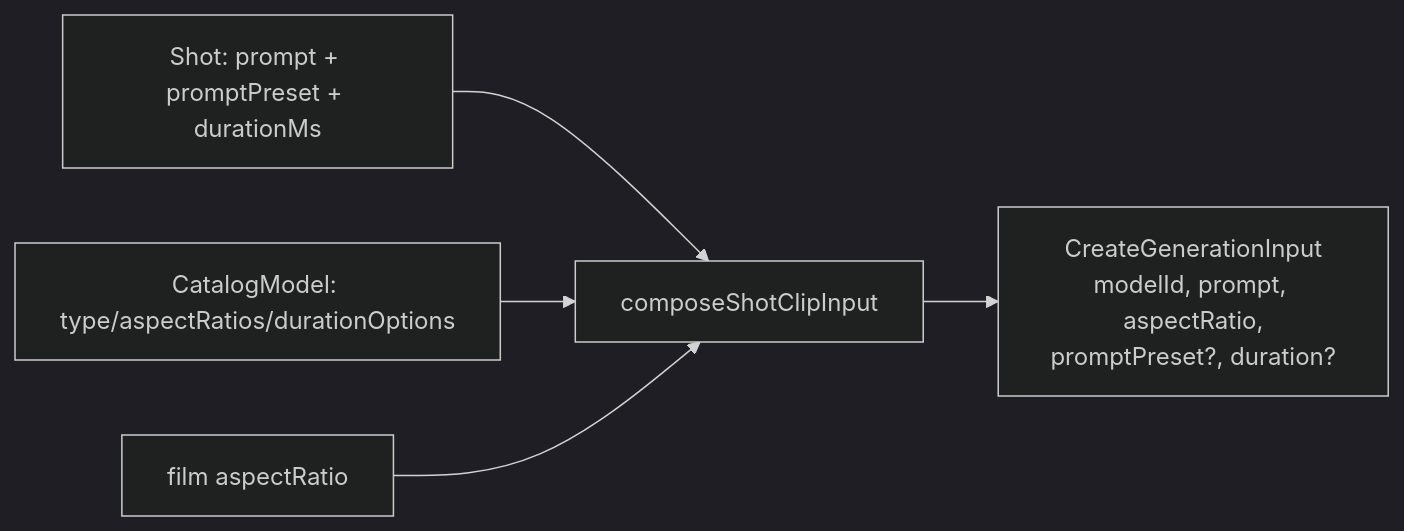
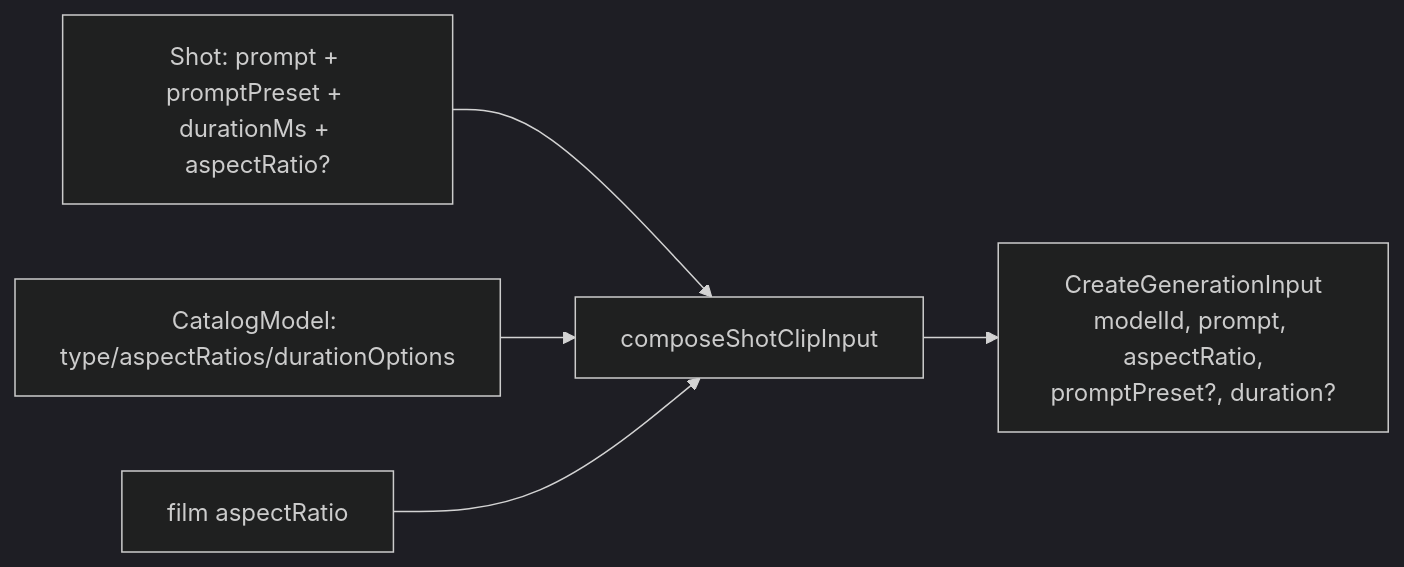
Before and after one commit to AzamatRaimbekov2/openCreate: the diagram in apps/web/src/modules/Cinema/model/composeShotClipInput.ts.md, drawn with Mermaid (dark theme). The commit also changed other lines of this file and 206 other files, not shown here.

````diff
--- a/apps/web/src/modules/Cinema/model/composeShotClipInput.ts.md
+++ b/apps/web/src/modules/Cinema/model/composeShotClipInput.ts.md
@@ -32,7 +33,7 @@
 ```mermaid
 flowchart LR
-  SHOT[Shot: prompt + promptPreset + durationMs] --> C[composeShotClipInput]
+  SHOT[Shot: prompt + promptPreset + durationMs + aspectRatio?] --> C[composeShotClipInput]
   MODEL[CatalogModel: type/aspectRatios/durationOptions] --> C
   ASPECT[film aspectRatio] --> C
   C --> OUT[CreateGenerationInput\nmodelId, prompt, aspectRatio,\npromptPreset?, duration?]
 ```
````
